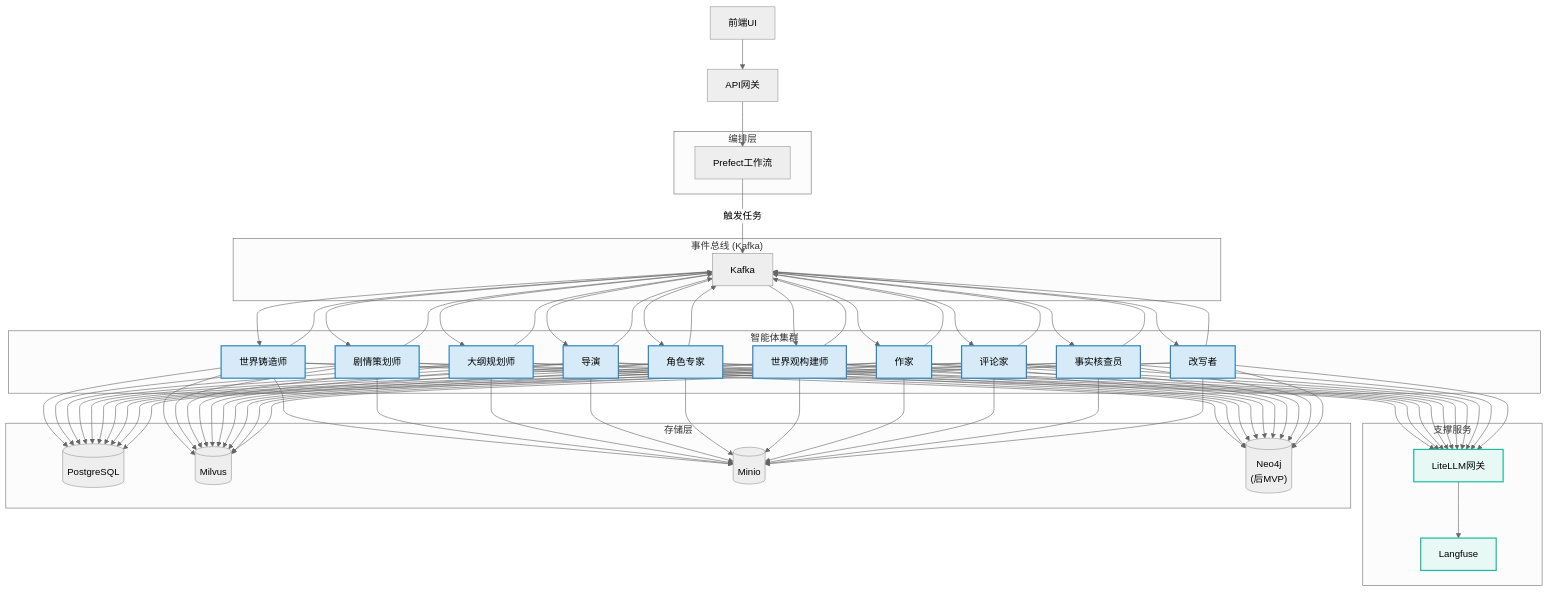
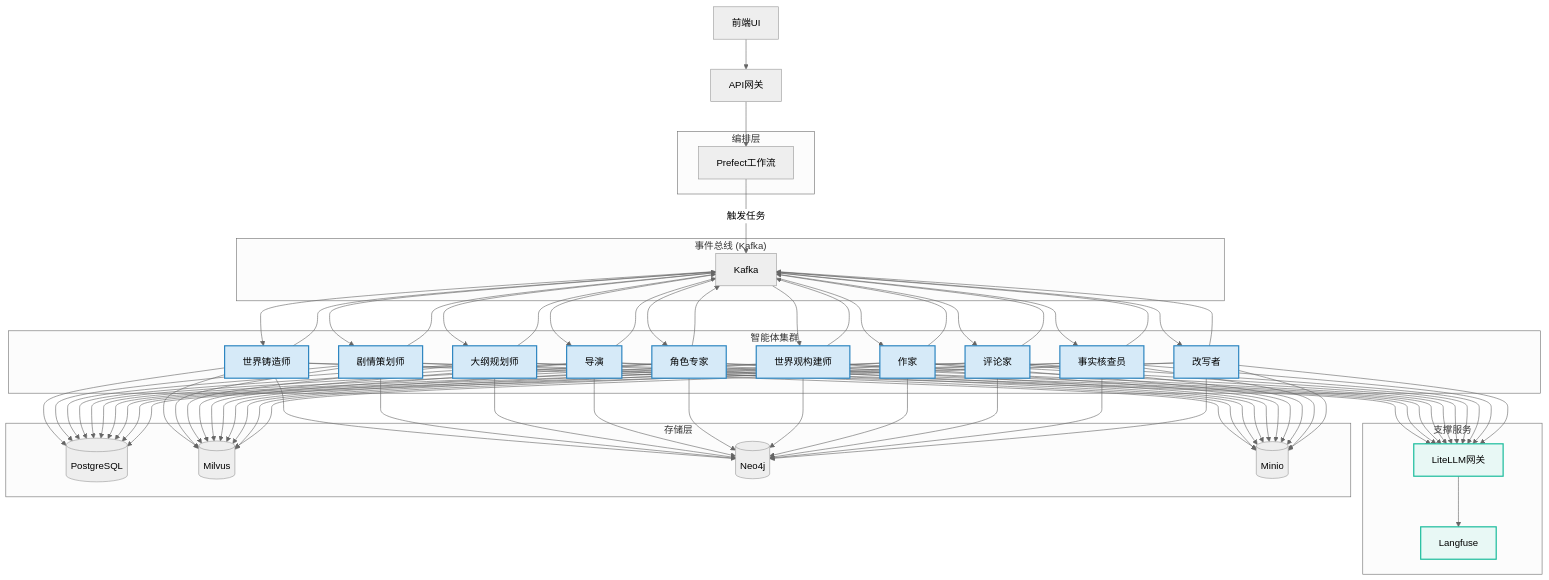
Before and after one commit to zhiyue/infinite-scribe: the second of 5 diagrams in docs/architecture2.md, drawn with Mermaid (neutral theme). The commit also changed other lines of this file and 1 other file, not shown here.

First line of the commit message:
Add architecture review document for InfiniteScribe project

````diff
--- a/docs/architecture2.md
+++ b/docs/architecture2.md
@@ -299,53 +384,53 @@
 ```mermaid
 graph TD
     UI[前端UI] --> APIGW[API网关]
 
     subgraph "编排层"
         Orchestrator[Prefect工作流]
     end
 
     APIGW --> Orchestrator
 
     subgraph "事件总线 (Kafka)"
         KafkaBus[Kafka]
     end
 
     Orchestrator -- "触发任务" --> KafkaBus
     
     subgraph "智能体集群"
         WS[世界铸造师]
         PM[剧情策划师]
         OL[大纲规划师]
         DIR[导演]
         CE[角色专家]
         WB[世界观构建师]
         WR[作家]
         CR[评论家]
         FC[事实核查员]
         RW[改写者]
     end
 
     KafkaBus --> WS & PM & OL & DIR & CE & WB & WR & CR & FC & RW
     WS & PM & OL & DIR & CE & WB & WR & CR & FC & RW --> KafkaBus
 
     subgraph "支撑服务"
         LLMGW[LiteLLM网关]
         LGF[Langfuse]
     end
     
     subgraph "存储层"
         PG[(PostgreSQL)]
         MV[(Milvus)]
+        N4J[("Neo4j")]
         MN[(Minio)]
-        N4J[("Neo4j<br/>(后MVP)")]
     end
 
     WS & PM & OL & DIR & CE & WB & WR & CR & FC & RW --> LLMGW
-    WS & PM & OL & DIR & CE & WB & WR & CR & FC & RW --> PG & MV & MN & N4J
+    WS & PM & OL & DIR & CE & WB & WR & CR & FC & RW --> PG & MV & N4J & MN
     LLMGW --> LGF
 
     classDef agent fill:#D6EAF8,stroke:#2E86C1,stroke-width:2px;
     classDef support fill:#E8F8F5,stroke:#1ABC9C,stroke-width:2px;
     class WS,PM,OL,DIR,CE,WB,WR,CR,FC,RW agent;
     class LLMGW,LGF support;
 ```
````
